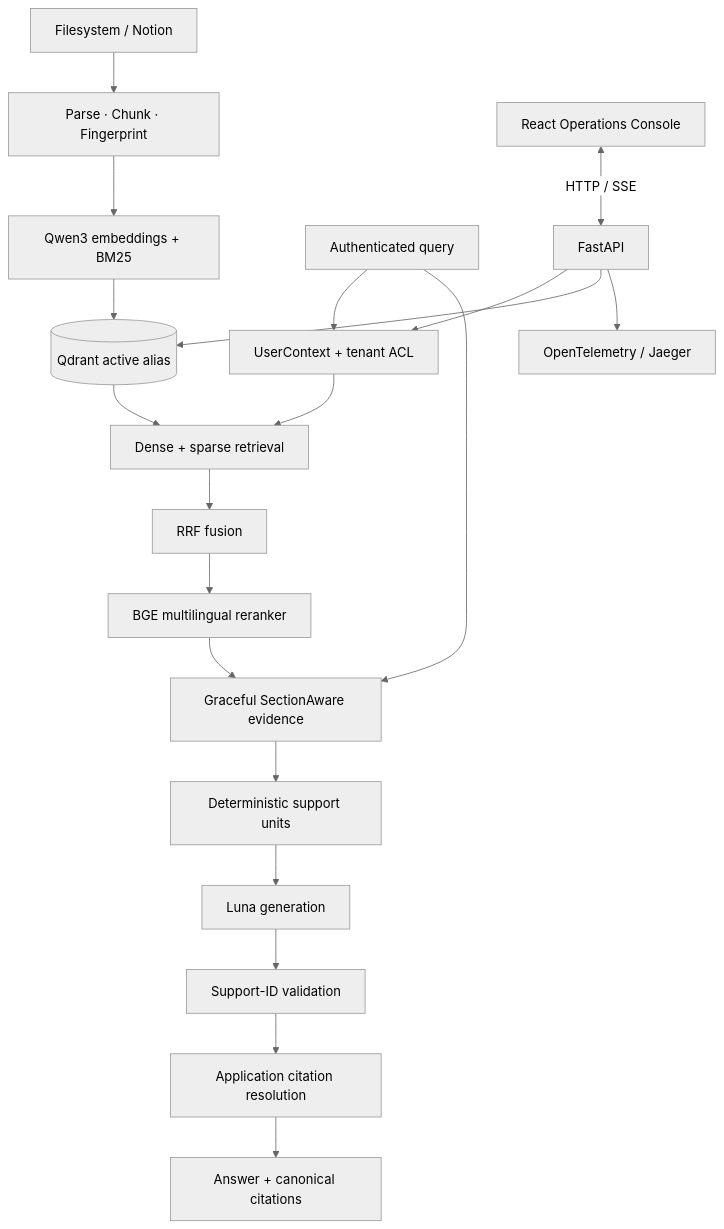
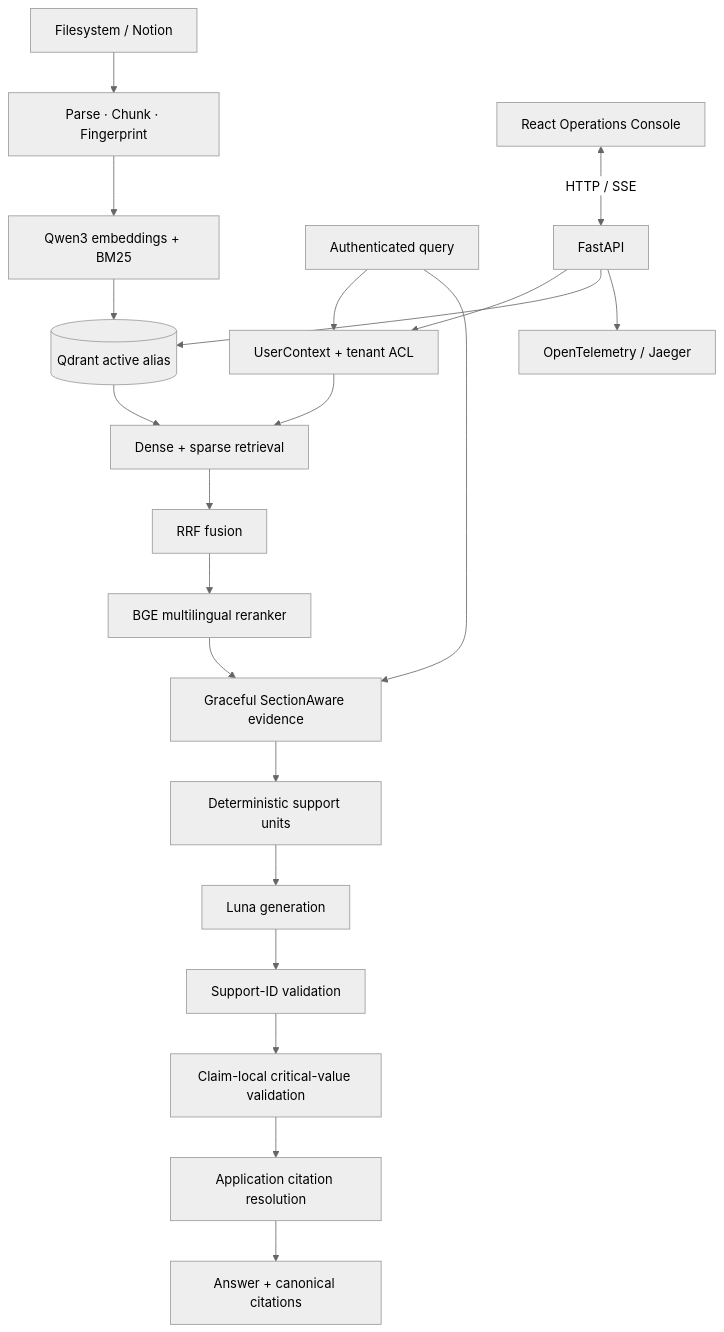
The diagram in README.md (negativexq/knowledge-base-rag), drawn with Mermaid (neutral theme) before and after one commit. The commit also changed other lines of this file and 208 other files, not shown here.

````diff
--- a/README.md
+++ b/README.md
@@ -50,24 +51,25 @@
 ```mermaid
 flowchart TD
     Sources[Filesystem / Notion] --> Parse[Parse · Chunk · Fingerprint]
     Parse --> Index[Qwen3 embeddings + BM25]
     Index --> Qdrant[(Qdrant active alias)]
 
     Query[Authenticated query] --> Auth[UserContext + tenant ACL]
     Auth --> Retrieve[Dense + sparse retrieval]
     Qdrant --> Retrieve
     Retrieve --> RRF[RRF fusion]
     RRF --> Rerank[BGE multilingual reranker]
     Rerank --> Envelope[Graceful SectionAware evidence]
     Query --> Envelope
     Envelope --> Units[Deterministic support units]
     Units --> Generate[Luna generation]
     Generate --> Validate[Support-ID validation]
-    Validate --> Resolve[Application citation resolution]
+    Validate --> Critical[Claim-local critical-value validation]
+    Critical --> Resolve[Application citation resolution]
     Resolve --> Answer[Answer + canonical citations]
 
     Console[React Operations Console] <-->|HTTP / SSE| API[FastAPI]
     API --> Auth
     API --> Qdrant
     API --> Observe[OpenTelemetry / Jaeger]
 ```
````
